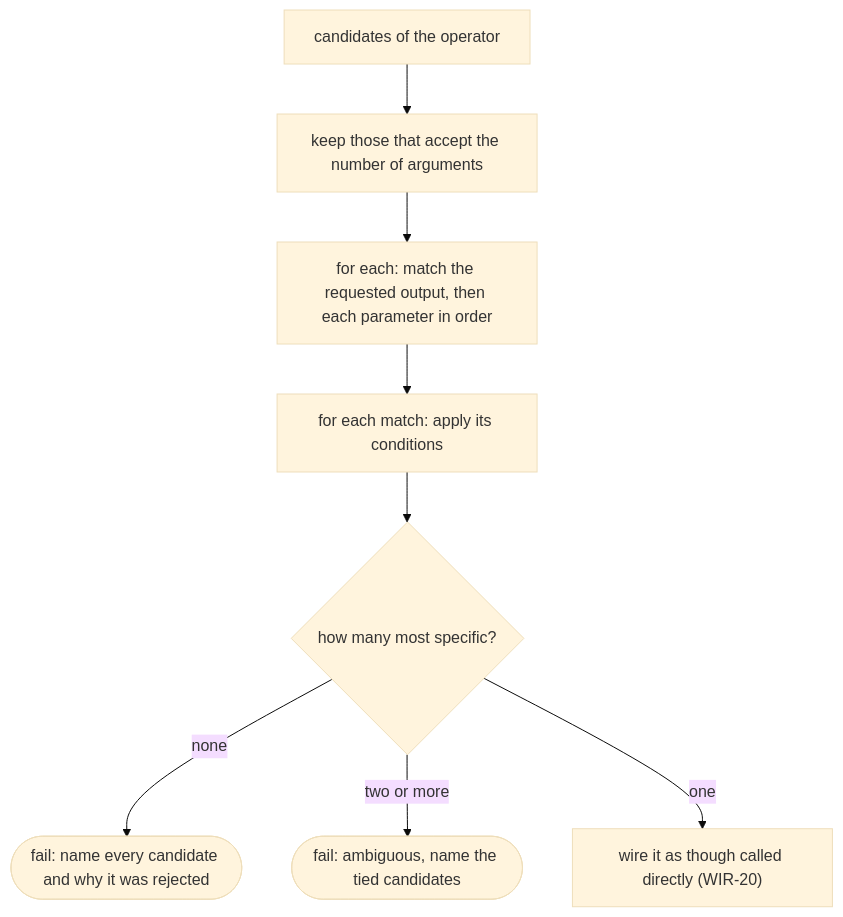
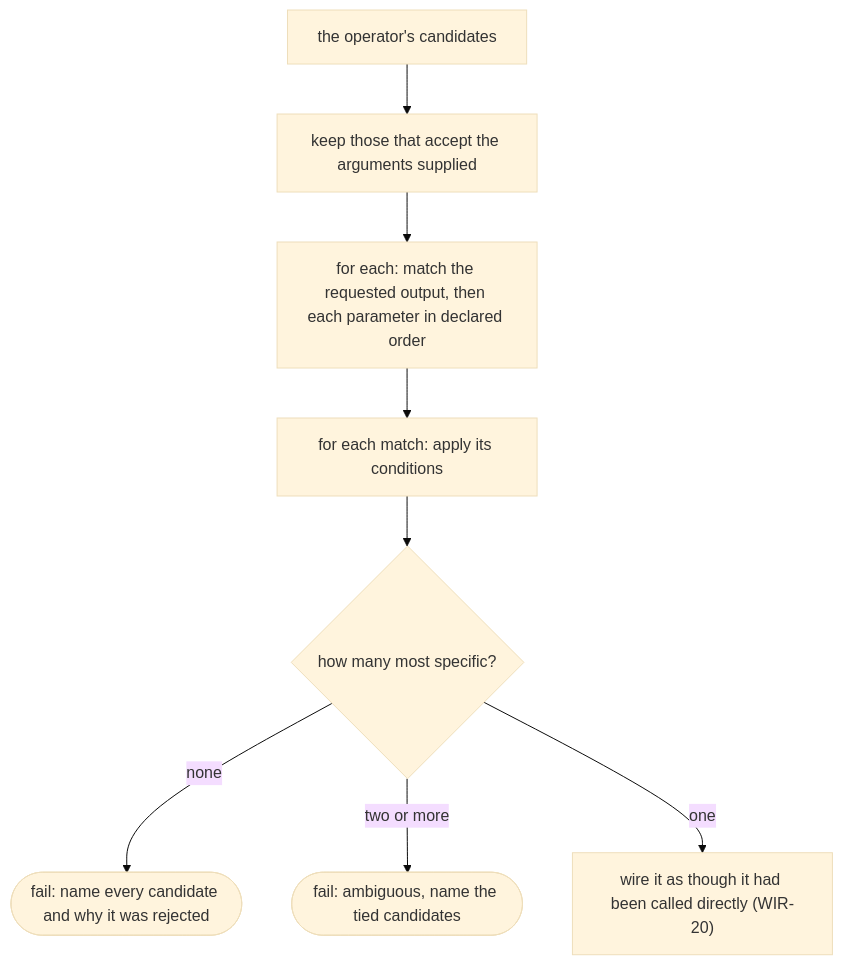
One commit to hhenson/hgraph_spec changed the fifth of 5 diagrams in wiring/wiring.md. Above: the diagram before and after it, drawn with Mermaid (base theme). The commit also changed other lines of this file and 10 other files, not shown here.

````diff
--- a/wiring/wiring.md
+++ b/wiring/wiring.md
@@ -304,10 +337,10 @@
 ```mermaid
 flowchart TD
-    A["candidates of the operator"] --> N["keep those that accept the number of arguments"]
-    N --> T["for each: match the requested output, then each parameter in order"]
+    A["the operator's candidates"] --> N["keep those that accept the arguments supplied"]
+    N --> T["for each: match the requested output, then each parameter in declared order"]
     T --> P["for each match: apply its conditions"]
     P --> Z{"how many most specific?"}
     Z -- "none" --> F1(["fail: name every candidate and why it was rejected"])
     Z -- "two or more" --> F2(["fail: ambiguous, name the tied candidates"])
-    Z -- "one" --> W["wire it as though called directly (WIR-20)"]
+    Z -- "one" --> W["wire it as though it had been called directly (WIR-20)"]
 ```
````
